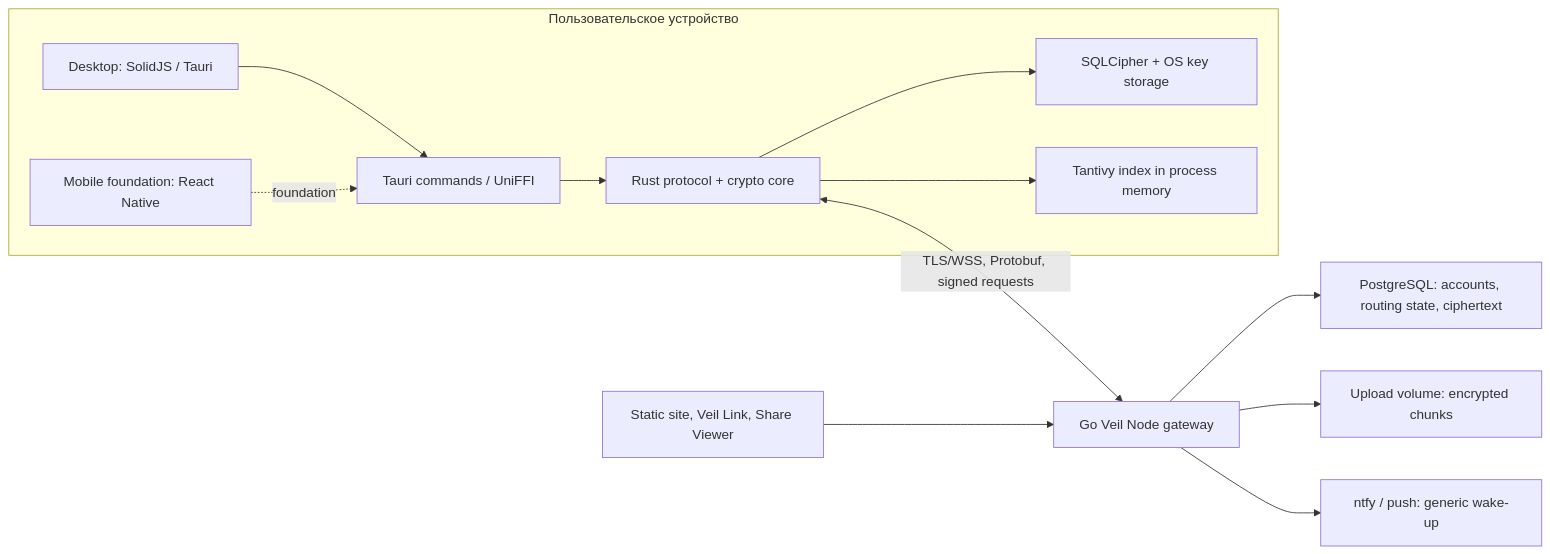
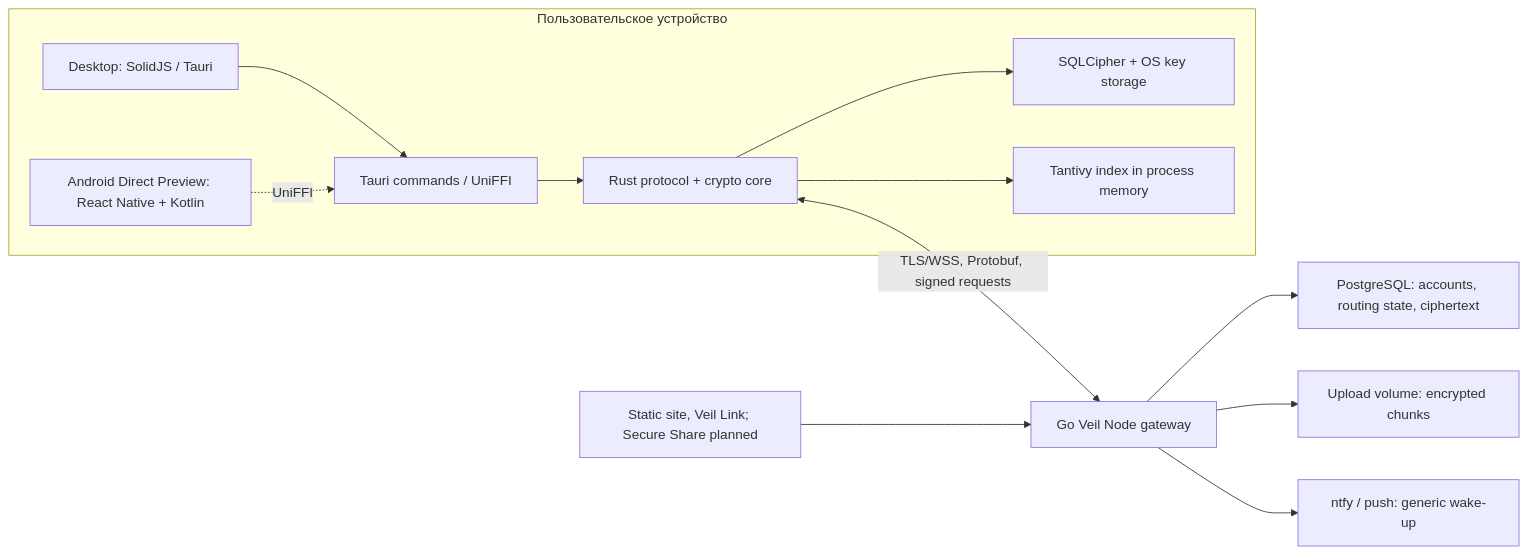
The diagram in docs/architecture.md (NaveLIL/veil), drawn with Mermaid before and after one commit. The commit also changed other lines of this file and 432 other files, not shown here.

```diff
--- a/docs/architecture.md
+++ b/docs/architecture.md
@@ -9,23 +9,23 @@
 ~~~mermaid
 flowchart LR
     subgraph Device["Пользовательское устройство"]
         UI["Desktop: SolidJS / Tauri"]
-        Mobile["Mobile foundation: React Native"]
+        Mobile["Android Direct Preview: React Native + Kotlin"]
         FFI["Tauri commands / UniFFI"]
         Core["Rust protocol + crypto core"]
         Store["SQLCipher + OS key storage"]
         Search["Tantivy index in process memory"]
 
         UI --> FFI
-        Mobile -. "foundation" .-> FFI
+        Mobile -. "UniFFI" .-> FFI
         FFI --> Core
         Core --> Store
         Core --> Search
     end
 
     Core <-->|"TLS/WSS, Protobuf, signed requests"| Node["Go Veil Node gateway"]
     Node --> DB["PostgreSQL: accounts, routing state, ciphertext"]
     Node --> Uploads["Upload volume: encrypted chunks"]
     Node --> Push["ntfy / push: generic wake-up"]
-    Browser["Static site, Veil Link, Share Viewer"] --> Node
+    Browser["Static site, Veil Link; Secure Share planned"] --> Node
 ~~~
```
